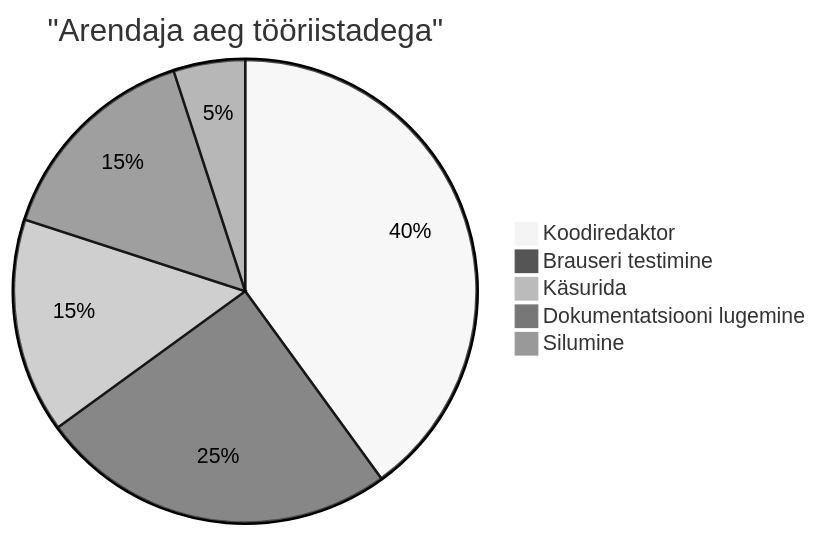
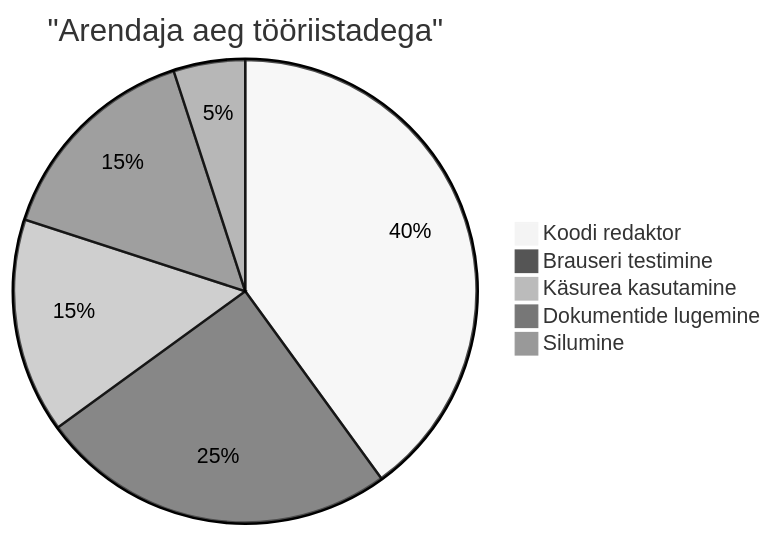
One commit to microsoft/Web-Dev-For-Beginners changed the sixth of 7 diagrams in translations/et/1-getting-started-lessons/1-intro-to-programming-languages/README.md. Above: the diagram before and after it, drawn with Mermaid (neutral theme). The commit also changed other lines of this file and 8 other files, not shown here.

````diff
--- a/translations/et/1-getting-started-lessons/1-intro-to-programming-languages/README.md
+++ b/translations/et/1-getting-started-lessons/1-intro-to-programming-languages/README.md
@@ -713,8 +712,8 @@
 ```mermaid
 pie title "Arendaja aeg tööriistadega"
-    "Koodiredaktor" : 40
+    "Koodi redaktor" : 40
     "Brauseri testimine" : 25
-    "Käsurida" : 15
-    "Dokumentatsiooni lugemine" : 15
+    "Käsurea kasutamine" : 15
+    "Dokumentide lugemine" : 15
     "Silumine" : 5
 ```
````
